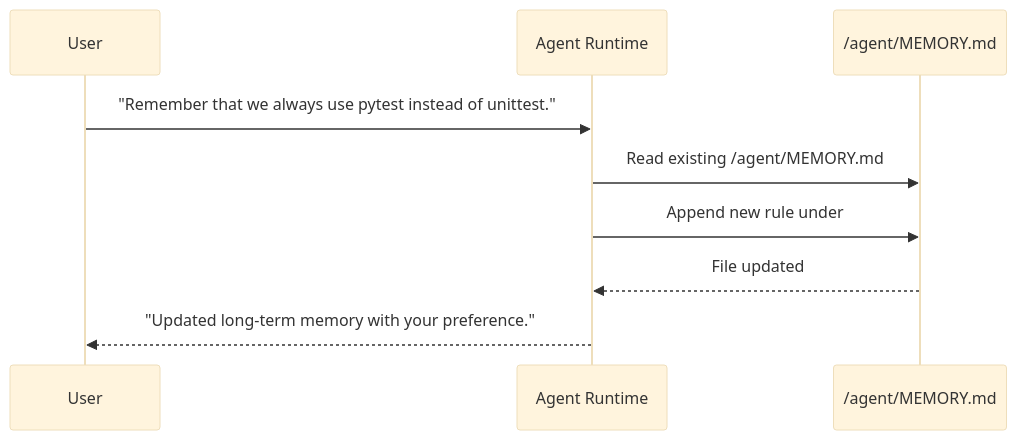
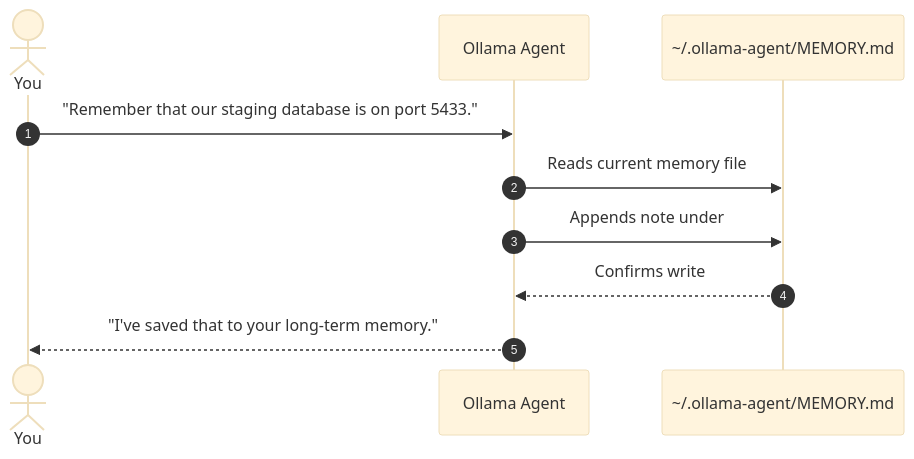
Before and after one commit to arrase/ollama-agent: the second of 4 diagrams in docs/memory.md, drawn with Mermaid (base theme). The commit also changed other lines of this file and 10 other files, not shown here.

````diff
--- a/docs/memory.md
+++ b/docs/memory.md
@@ -53,12 +153,13 @@
 ```mermaid
 sequenceDiagram
-    participant User
-    participant Agent as Agent Runtime
-    participant Mem as /agent/MEMORY.md
-    
-    User->>Agent: "Remember that we always use pytest instead of unittest."
-    Agent->>Mem: Read existing /agent/MEMORY.md
-    Agent->>Mem: Append new rule under # User Preferences
-    Mem-->>Agent: File updated
-    Agent-->>User: "Updated long-term memory with your preference."
+    autonumber
+    actor User as You
+    participant Agent as Ollama Agent
+    participant File as ~/.ollama-agent/MEMORY.md
+
+    User->>Agent: "Remember that our staging database is on port 5433."
+    Agent->>File: Reads current memory file
+    Agent->>File: Appends note under # Environment Details
+    File-->>Agent: Confirms write
+    Agent-->>User: "I've saved that to your long-term memory."
 ```
````
